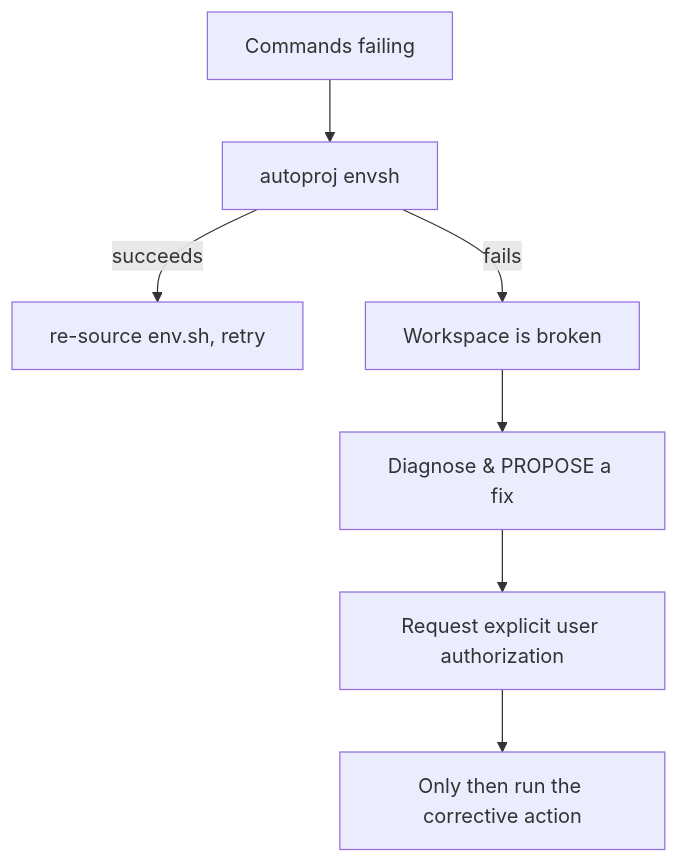
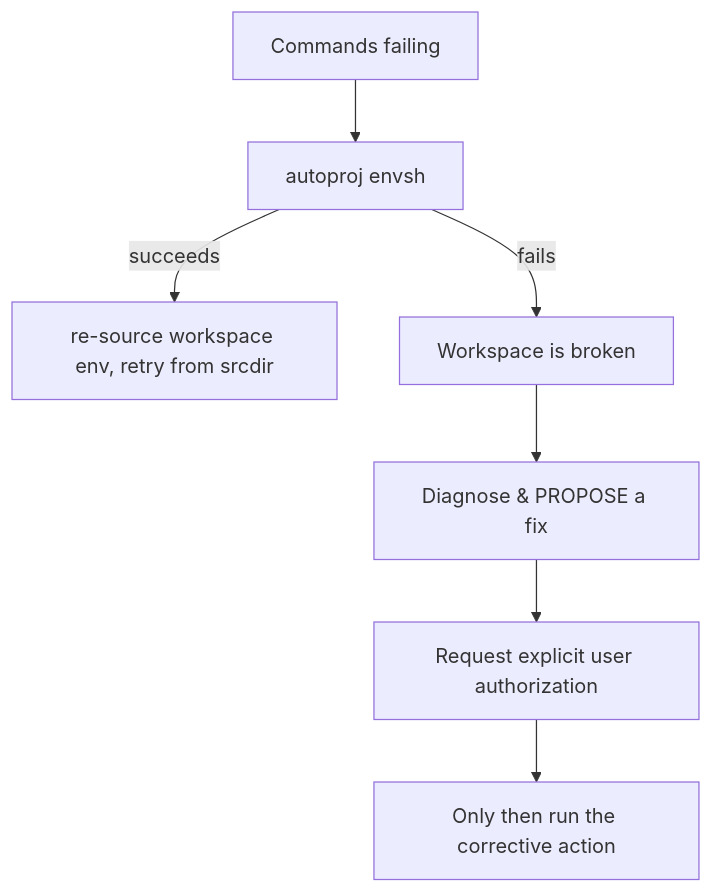
The diagram in chat/skills/autoproj/references/troubleshooting.md (g-arjones/vscode-autoproj), drawn with Mermaid before and after one commit. The commit also changed other lines of this file and 12 other files, not shown here.

````diff
--- a/chat/skills/autoproj/references/troubleshooting.md
+++ b/chat/skills/autoproj/references/troubleshooting.md
@@ -67,9 +76,9 @@
 ```mermaid
 flowchart TD
     A[Commands failing] --> B[autoproj envsh]
-    B -->|succeeds| C[re-source env.sh, retry]
+   B -->|succeeds| C[re-source workspace env, retry from srcdir]
     B -->|fails| D[Workspace is broken]
     D --> E[Diagnose & PROPOSE a fix]
     E --> F[Request explicit user authorization]
     F --> G[Only then run the corrective action]
 ```
````
